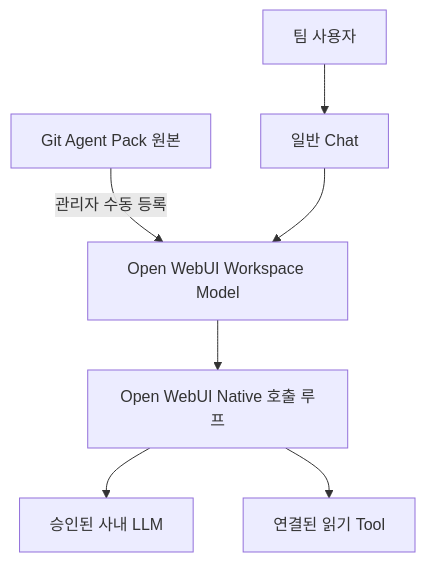
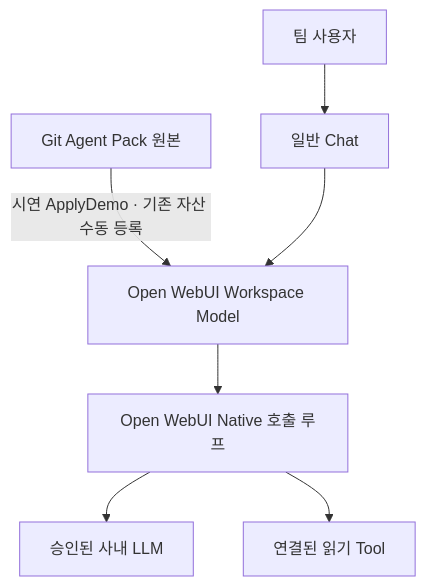
One commit to knadalkim-a11y/team-agent-poc changed the diagram in README.md. Above: the diagram before and after it, drawn with Mermaid. The commit also changed other lines of this file and 23 other files, not shown here.

````diff
--- a/README.md
+++ b/README.md
@@ -72,9 +72,9 @@
 ```mermaid
 flowchart TB
-    Git["Git Agent Pack 원본"] -->|"관리자 수동 등록"| Preset["Open WebUI Workspace Model"]
+    Git["Git Agent Pack 원본"] -->|"시연 ApplyDemo · 기존 자산 수동 등록"| Preset["Open WebUI Workspace Model"]
     User["팀 사용자"] --> Chat["일반 Chat"]
     Chat --> Preset
     Preset --> Loop["Open WebUI Native 호출 루프"]
     Loop --> Model["승인된 사내 LLM"]
     Loop --> Tool["연결된 읽기 Tool"]
 ```
````
